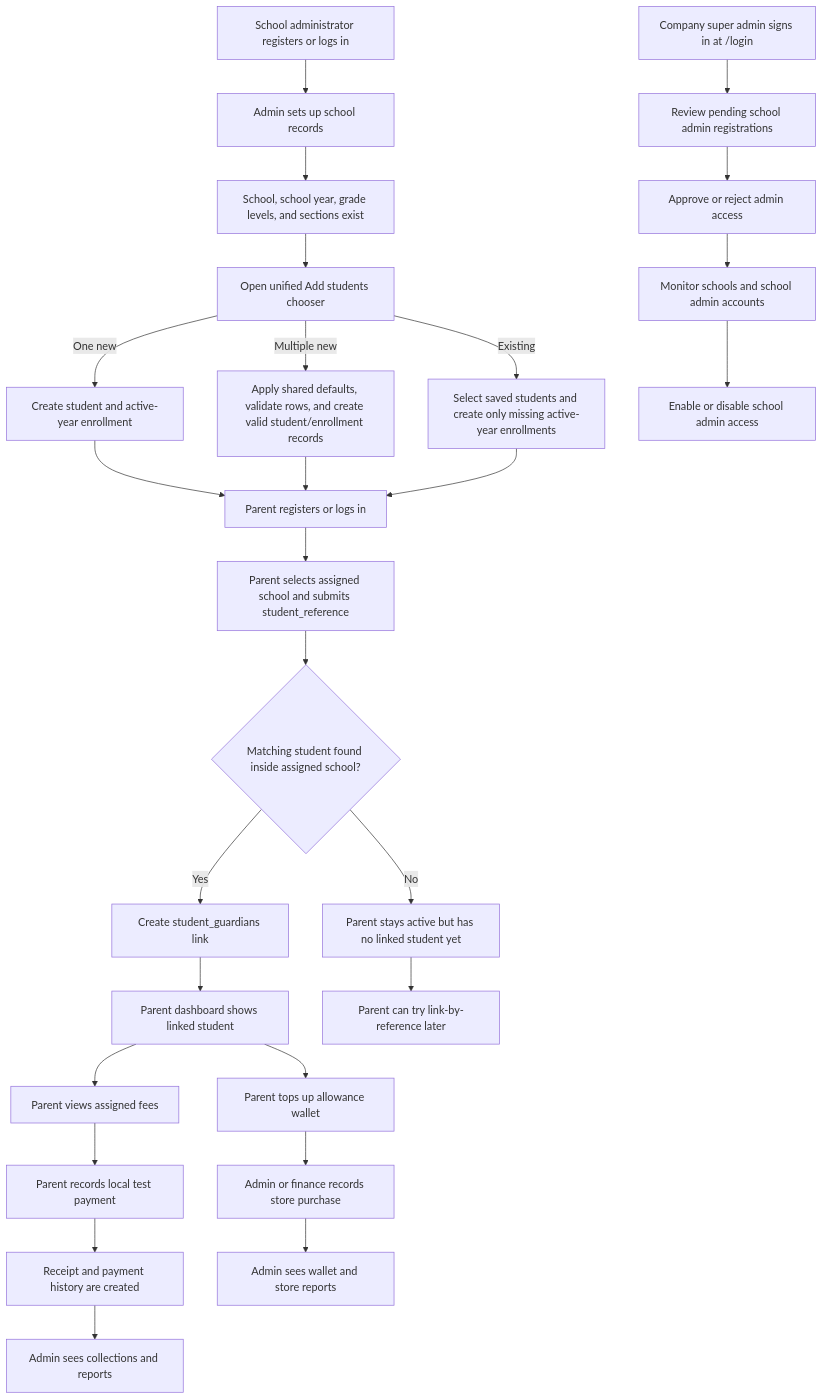
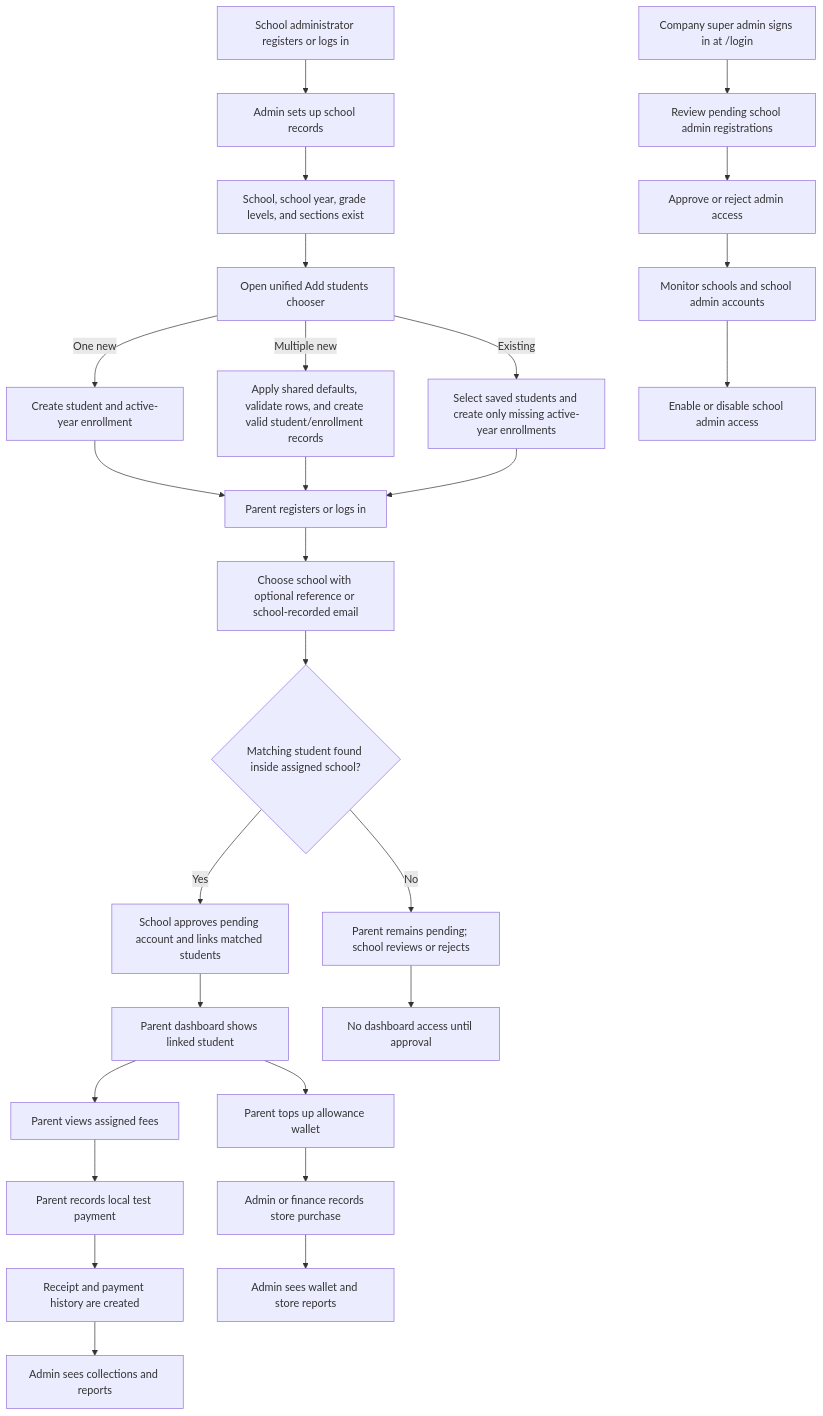
The first of 23 diagrams in docs/PROJECT_FLOWCHARTS.md (Xeyn19/xmetapay), drawn with Mermaid before and after one commit. The commit also changed other lines of this file and 29 other files, not shown here.

````diff
--- a/docs/PROJECT_FLOWCHARTS.md
+++ b/docs/PROJECT_FLOWCHARTS.md
@@ -83,32 +83,32 @@
 ```mermaid
 flowchart TD
   A["School administrator registers or logs in"] --> B["Admin sets up school records"]
   B --> C["School, school year, grade levels, and sections exist"]
   C --> D["Open unified Add students chooser"]
   D -->|One new| E["Create student and active-year enrollment"]
   D -->|Multiple new| F["Apply shared defaults, validate rows, and create valid student/enrollment records"]
   D -->|Existing| F1["Select saved students and create only missing active-year enrollments"]
   E --> G["Student gets official student_reference"]
   F --> G
   F1 --> G
 
-  G["Parent registers or logs in"] --> H["Parent selects assigned school and submits student_reference"]
+  G["Parent registers or logs in"] --> H["Choose school with optional reference or school-recorded email"]
   H --> I{"Matching student found inside assigned school?"}
-  I -->|Yes| J["Create student_guardians link"]
-  I -->|No| K["Parent stays active but has no linked student yet"]
+  I -->|Yes| J["School approves pending account and links matched students"]
+  I -->|No| K["Parent remains pending; school reviews or rejects"]
   J --> L["Parent dashboard shows linked student"]
-  K --> M["Parent can try link-by-reference later"]
+  K --> M["No dashboard access until approval"]
 
   L --> N["Parent views assigned fees"]
   N --> O["Parent records local test payment"]
   O --> P["Receipt and payment history are created"]
   L --> Q["Parent tops up allowance wallet"]
   Q --> R["Admin or finance records store purchase"]
 
   P --> S["Admin sees collections and reports"]
   R --> T["Admin sees wallet and store reports"]
   U["Company super admin signs in at /login"] --> V["Review pending school admin registrations"]
   V --> W["Approve or reject admin access"]
   W --> X["Monitor schools and school admin accounts"]
   X --> Y["Enable or disable school admin access"]
 ```
````
